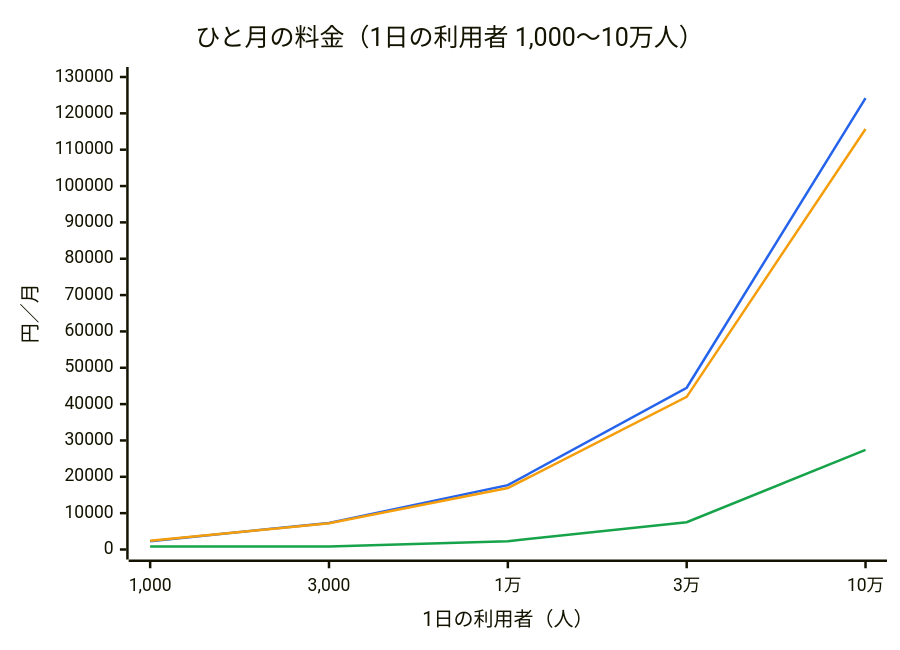
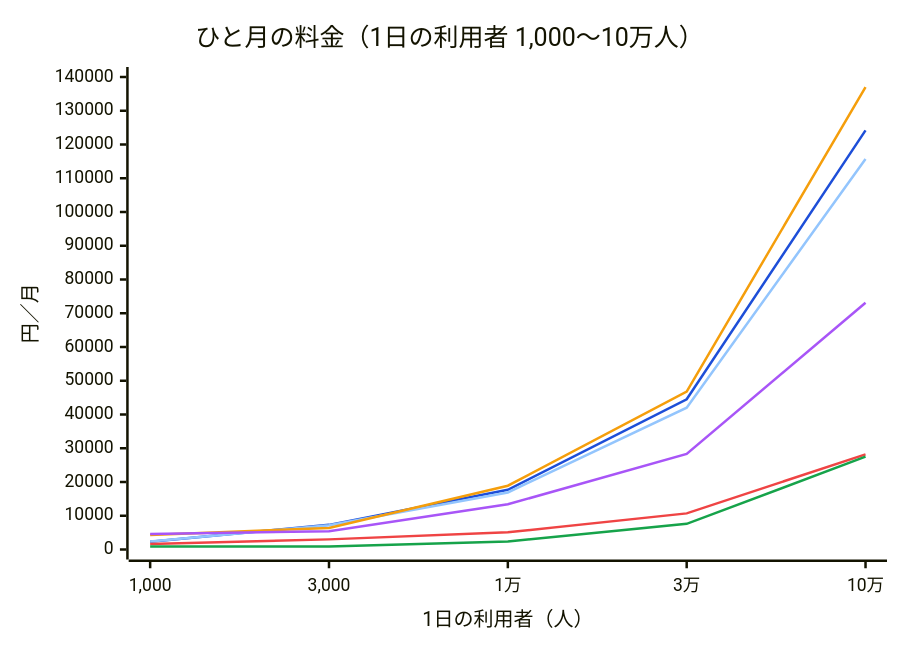
One commit to takumi-okuya-dev/kanaeru-apps changed the second of 2 diagrams in docs/hosting-cost.md. Above: the diagram before and after it, drawn with Mermaid. The commit also changed other lines of this file and 3 other files, not shown here.

````diff
--- a/docs/hosting-cost.md
+++ b/docs/hosting-cost.md
@@ -29,15 +44,18 @@
 ```mermaid
 ---
 config:
   themeVariables:
     xyChart:
-      plotColorPalette: "#2563eb, #f59e0b, #16a34a"
+      plotColorPalette: "#1d4ed8, #93c5fd, #f59e0b, #a855f7, #ef4444, #16a34a"
 ---
 xychart-beta
   title "ひと月の料金（1日の利用者 1,000〜10万人）"
   x-axis "1日の利用者（人）" ["1,000", "3,000", "1万", "3万", "10万"]
-  y-axis "円／月" 0 --> 130000
+  y-axis "円／月" 0 --> 140000
   line [2300, 7300, 17700, 44500, 124200]
   line [2400, 7200, 16900, 42000, 115700]
-  line [800, 800, 2300, 7500, 27400]
+  line [4300, 6400, 18900, 46800, 137000]
+  line [4600, 5400, 13400, 28300, 73100]
+  line [1600, 3000, 5100, 10700, 28200]
+  line [900, 900, 2400, 7600, 27500]
 ```
````
